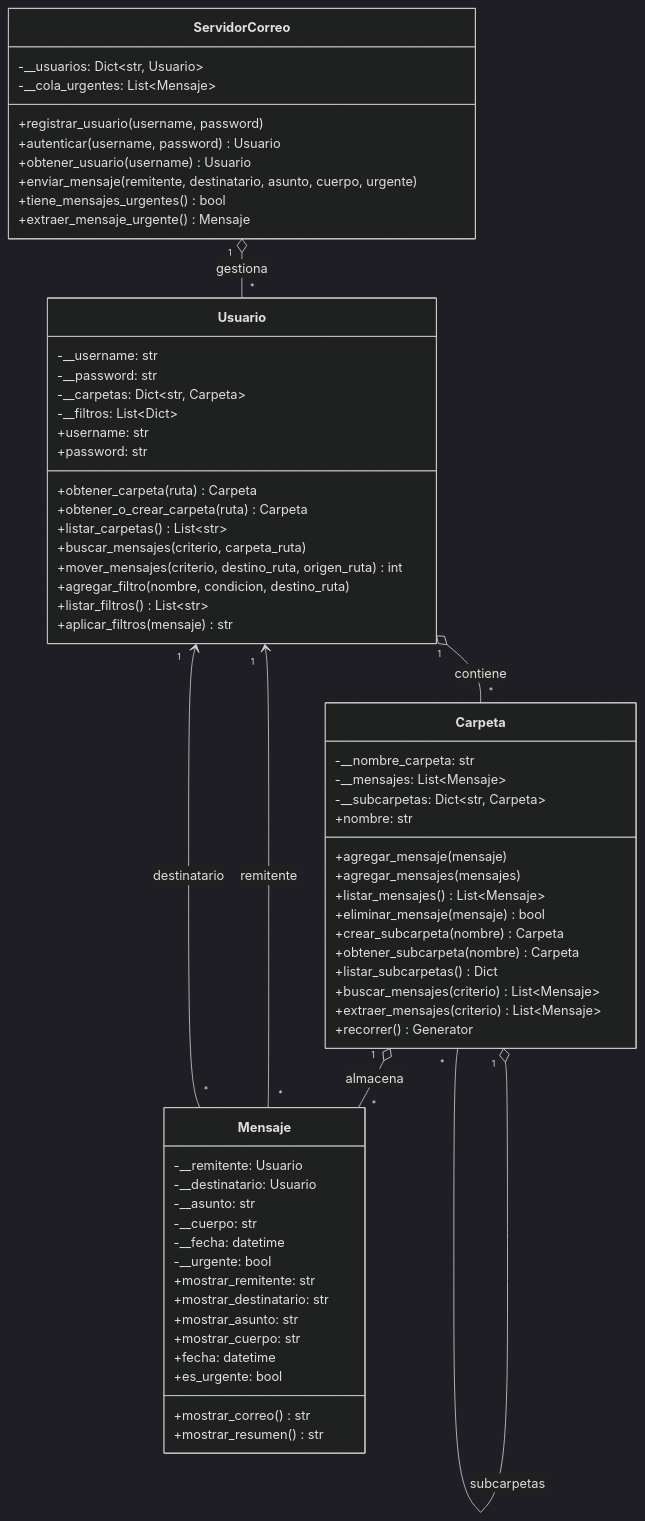
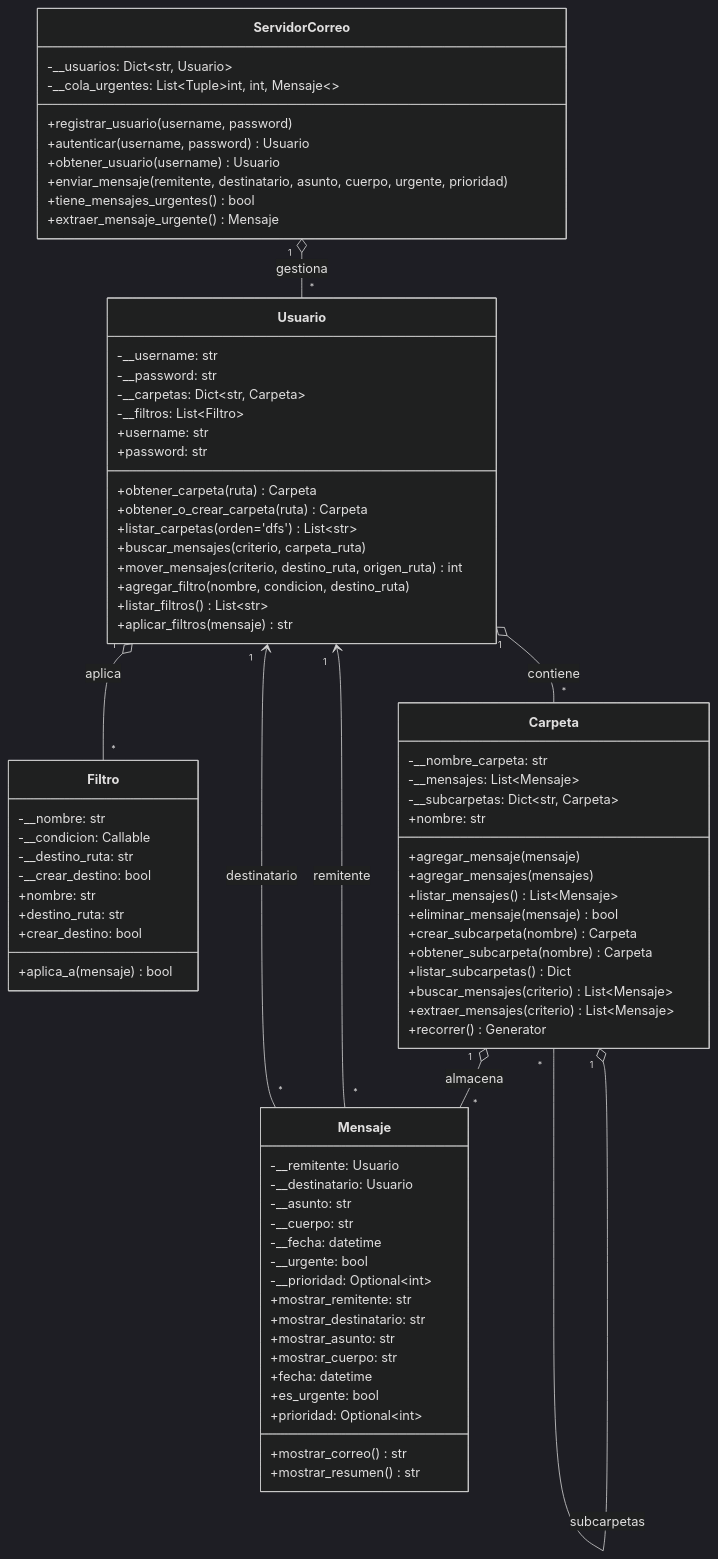
One commit to Python-UNAB/TP-ServicioDeCorreo changed the diagram in readme.md. Above: the diagram before and after it, drawn with Mermaid (dark theme). The commit also changed other lines of this file and 21 other files, not shown here.

```diff
--- a/readme.md
+++ b/readme.md
@@ -36,11 +42,11 @@
 
     class ServidorCorreo {
         -__usuarios: Dict~str, Usuario~
-        -__cola_urgentes: List~Mensaje~
+        -__cola_urgentes: List~Tuple~int, int, Mensaje~~
         +registrar_usuario(username, password)
         +autenticar(username, password) Usuario
         +obtener_usuario(username) Usuario
-        +enviar_mensaje(remitente, destinatario, asunto, cuerpo, urgente)
+        +enviar_mensaje(remitente, destinatario, asunto, cuerpo, urgente, prioridad)
         +tiene_mensajes_urgentes() bool
         +extraer_mensaje_urgente() Mensaje
     }
@@ -49,17 +55,28 @@
         -__username: str
         -__password: str
         -__carpetas: Dict~str, Carpeta~
-        -__filtros: List~Dict~
+        -__filtros: List~Filtro~
         +username: str
         +password: str
         +obtener_carpeta(ruta) Carpeta
         +obtener_o_crear_carpeta(ruta) Carpeta
-        +listar_carpetas() List~str~
+        +listar_carpetas(orden='dfs') List~str~
         +buscar_mensajes(criterio, carpeta_ruta)
         +mover_mensajes(criterio, destino_ruta, origen_ruta) int
         +agregar_filtro(nombre, condicion, destino_ruta)
         +listar_filtros() List~str~
         +aplicar_filtros(mensaje) str
+    }
+
+    class Filtro {
+        -__nombre: str
+        -__condicion: Callable
+        -__destino_ruta: str
+        -__crear_destino: bool
+        +nombre: str
+        +destino_ruta: str
+        +crear_destino: bool
+        +aplica_a(mensaje) bool
     }
 
     class Carpeta {
@@ -86,18 +103,21 @@
         -__cuerpo: str
         -__fecha: datetime
         -__urgente: bool
+        -__prioridad: Optional~int~
         +mostrar_remitente: str
         +mostrar_destinatario: str
         +mostrar_asunto: str
         +mostrar_cuerpo: str
         +fecha: datetime
         +es_urgente: bool
+        +prioridad: Optional~int~
         +mostrar_correo() str
         +mostrar_resumen() str
     }
 
     ServidorCorreo "1" o-- "*" Usuario : gestiona
     Usuario "1" o-- "*" Carpeta : contiene
+    Usuario "1" o-- "*" Filtro : aplica
     Carpeta "1" o-- "*" Mensaje : almacena
     Carpeta "1" o-- "*" Carpeta : subcarpetas
     Mensaje "*" --> "1" Usuario : remitente
```
